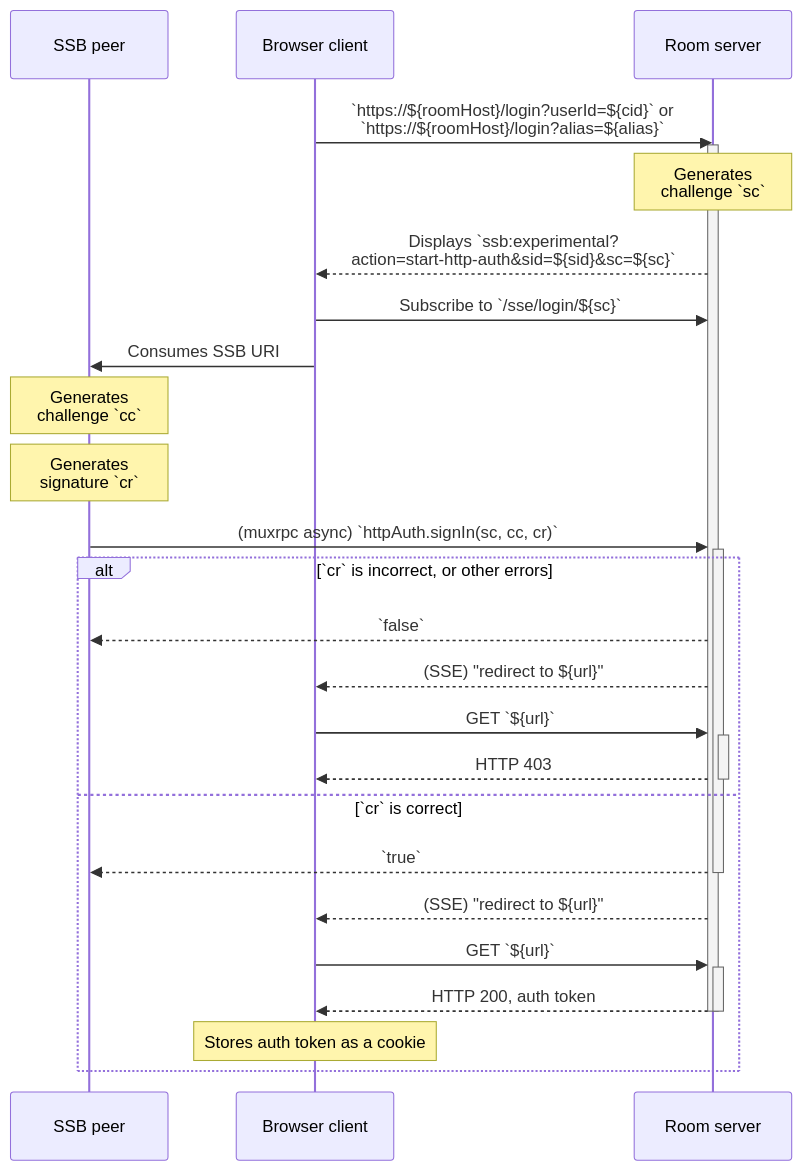
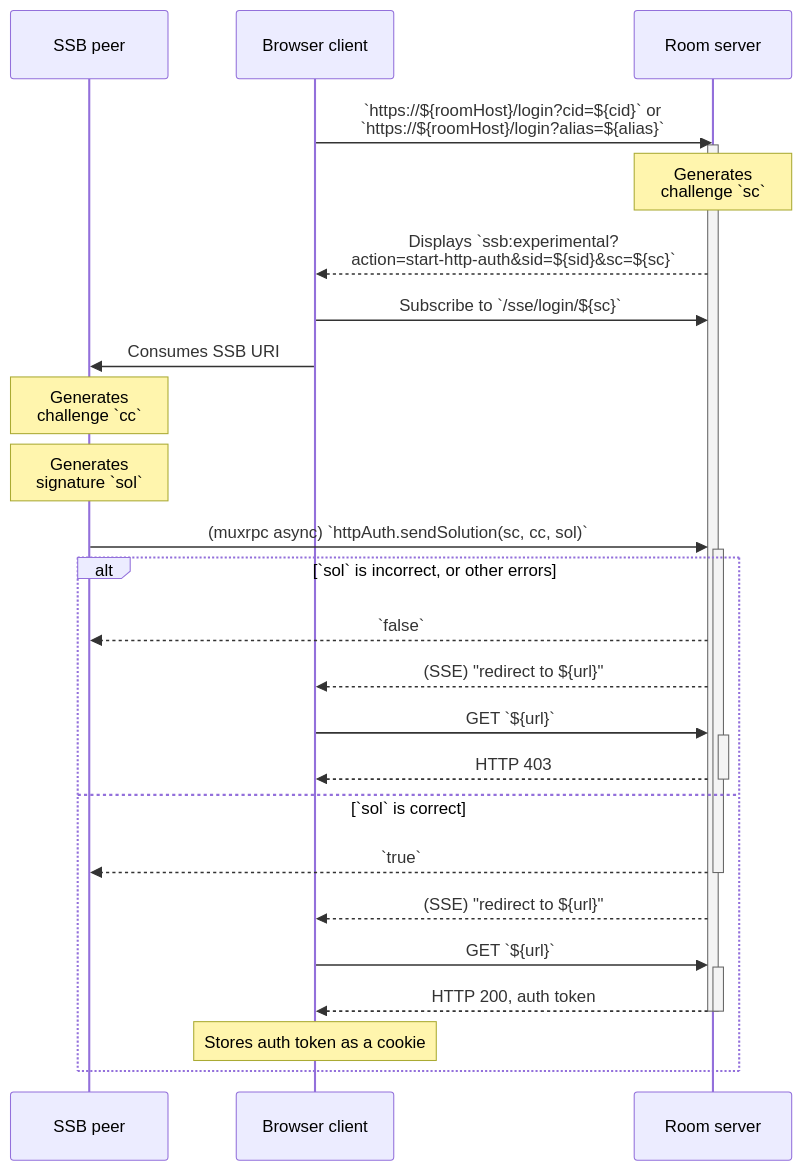
One commit to ssbc/rooms2 changed the second of 4 diagrams in docs/Setup/Sign-in with SSB.md. Above: the diagram before and after it, drawn with Mermaid. The commit also changed other lines of this file and 1 other file, not shown here.

Commit message:
change muxrpc structure of sign-in with ssb

````diff
--- a/docs/Setup/Sign-in with SSB.md
+++ b/docs/Setup/Sign-in with SSB.md
@@ -66,29 +66,29 @@
 ```mermaid
 sequenceDiagram
   participant Umux as SSB peer
   participant Uweb as Browser client
   participant R as Room server
 
-  Uweb->>R: `https://${roomHost}/login?userId=${cid}` or<br/>`https://${roomHost}/login?alias=${alias}`
+  Uweb->>R: `https://${roomHost}/login?cid=${cid}` or<br/>`https://${roomHost}/login?alias=${alias}`
   activate R
   Note over R: Generates<br/>challenge `sc`
   R-->>Uweb: Displays `ssb:experimental?<br/>action=start-http-auth&sid=${sid}&sc=${sc}`
   Uweb->>R: Subscribe to `/sse/login/${sc}`
   Uweb->>Umux: Consumes SSB URI
   Note over Umux: Generates<br/>challenge `cc`
-  Note over Umux: Generates<br/>signature `cr`
-  Umux->>+R: (muxrpc async) `httpAuth.signIn(sc, cc, cr)`
-  alt `cr` is incorrect, or other errors
+  Note over Umux: Generates<br/>signature `sol`
+  Umux->>+R: (muxrpc async) `httpAuth.sendSolution(sc, cc, sol)`
+  alt `sol` is incorrect, or other errors
     R-->>Umux: `false`
     R-->>Uweb: (SSE) "redirect to ${url}"
     Uweb->>+R: GET `${url}`
     R-->>-Uweb: HTTP 403
-  else `cr` is correct
+  else `sol` is correct
     R-->>-Umux: `true`
     R-->>Uweb: (SSE) "redirect to ${url}"
     Uweb->>+R: GET `${url}`
     R-->>-Uweb: HTTP 200, auth token
     deactivate R
     Note over Uweb: Stores auth token as a cookie
   end
 ```
````
